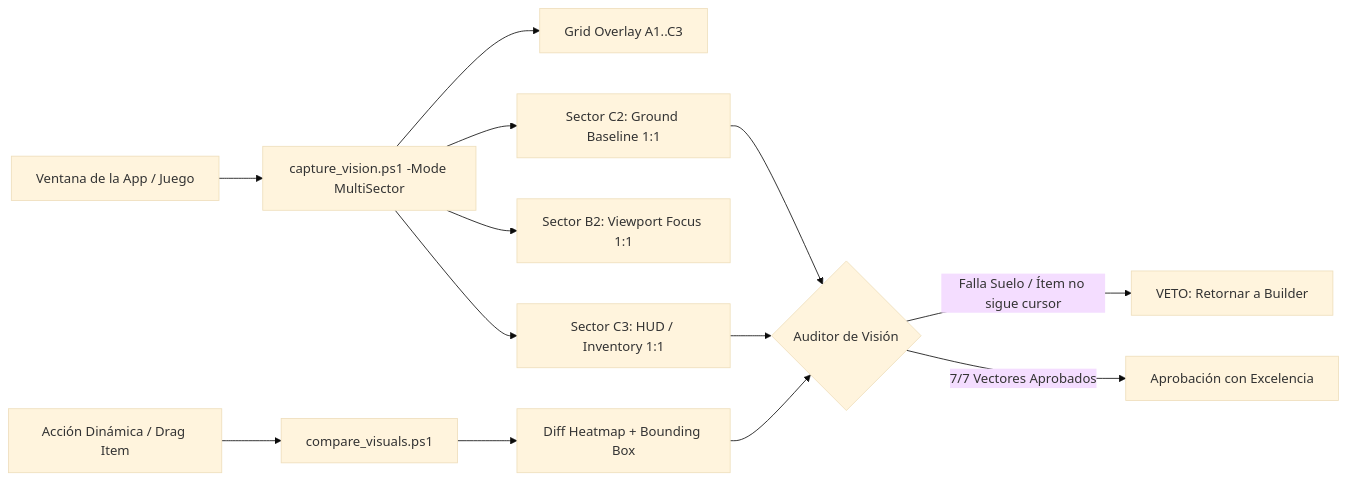
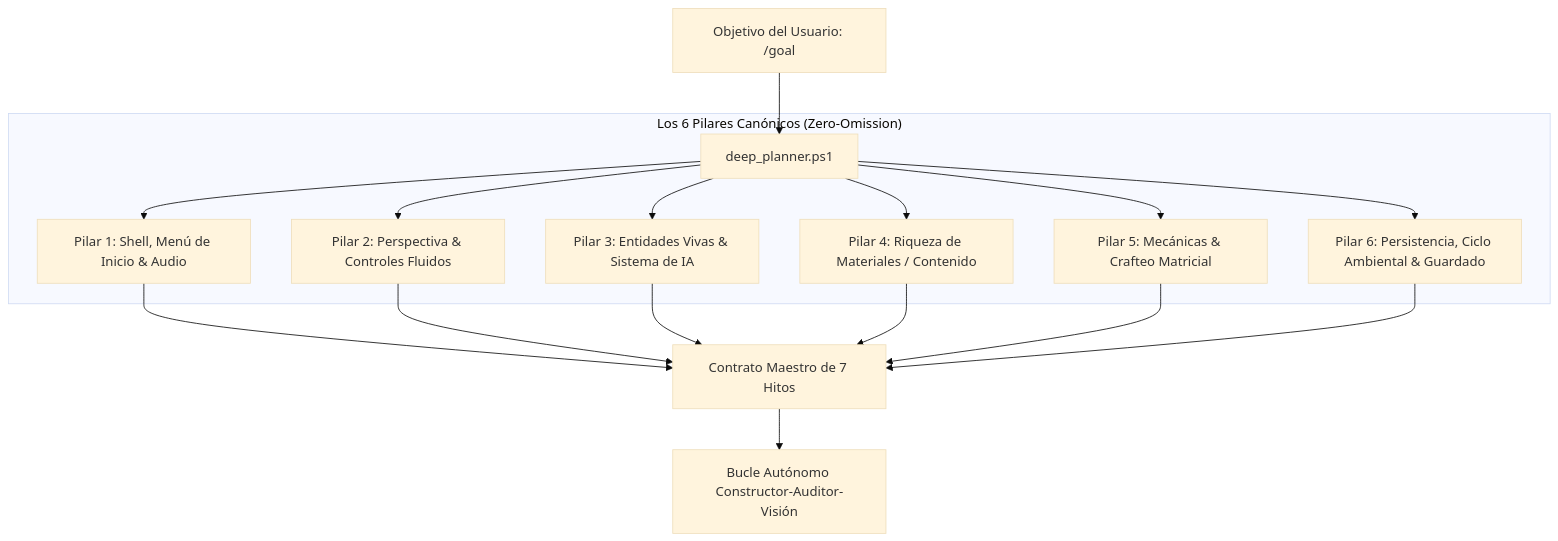
The diagram in README.md (BryanGM12/antigravity-ultra-goal), drawn with Mermaid (base theme) before and after one commit. The commit also changed other lines of this file and 5 other files, not shown here.

Commit message:
feat(v3.0.0): implement Deep Domain Planner (deep_planner), Anti-Toy Pre-Mortem Gate, and 6 Canonical Engineering Pillars

````diff
--- a/README.md
+++ b/README.md
@@ -50,19 +49,16 @@
 ```mermaid
-graph LR
-    Screen[Ventana de la App / Juego] --> MultiSector[capture_vision.ps1 -Mode MultiSector]
+graph TD
+    Goal[Objetivo del Usuario: /goal] --> DeepPlanner[deep_planner.ps1]
     
-    MultiSector --> Grid[Grid Overlay A1..C3]
-    MultiSector --> Ground[Sector C2: Ground Baseline 1:1]
-    MultiSector --> Center[Sector B2: Viewport Focus 1:1]
-    MultiSector --> HUD[Sector C3: HUD / Inventory 1:1]
+    subgraph "Los 6 Pilares Canónicos (Zero-Omission)"
+        DeepPlanner --> P1[Pilar 1: Shell, Menú de Inicio & Audio]
+        DeepPlanner --> P2[Pilar 2: Perspectiva & Controles Fluidos]
+        DeepPlanner --> P3[Pilar 3: Entidades Vivas & Sistema de IA]
+        DeepPlanner --> P4[Pilar 4: Riqueza de Materiales / Contenido]
+        DeepPlanner --> P5[Pilar 5: Mecánicas & Crafteo Matricial]
+        DeepPlanner --> P6[Pilar 6: Persistencia, Ciclo Ambiental & Guardado]
+    end
     
-    InteractiveAction[Acción Dinámica / Drag Item] --> Diff[compare_visuals.ps1]
-    Diff --> Heatmap[Diff Heatmap + Bounding Box]
-    
-    Ground --> Inspector{Auditor de Visión}
-    HUD --> Inspector
-    Heatmap --> Inspector
-    
-    Inspector -- "Falla Suelo / Ítem no sigue cursor" --> Veto[VETO: Retornar a Builder]
-    Inspector -- "7/7 Vectores Aprobados" --> Approve[Aprobación con Excelencia]
+    P1 & P2 & P3 & P4 & P5 & P6 --> MasterContract[Contrato Maestro de 7 Hitos]
+    MasterContract --> Execution[Bucle Autónomo Constructor-Auditor-Visión]
 ```
````
